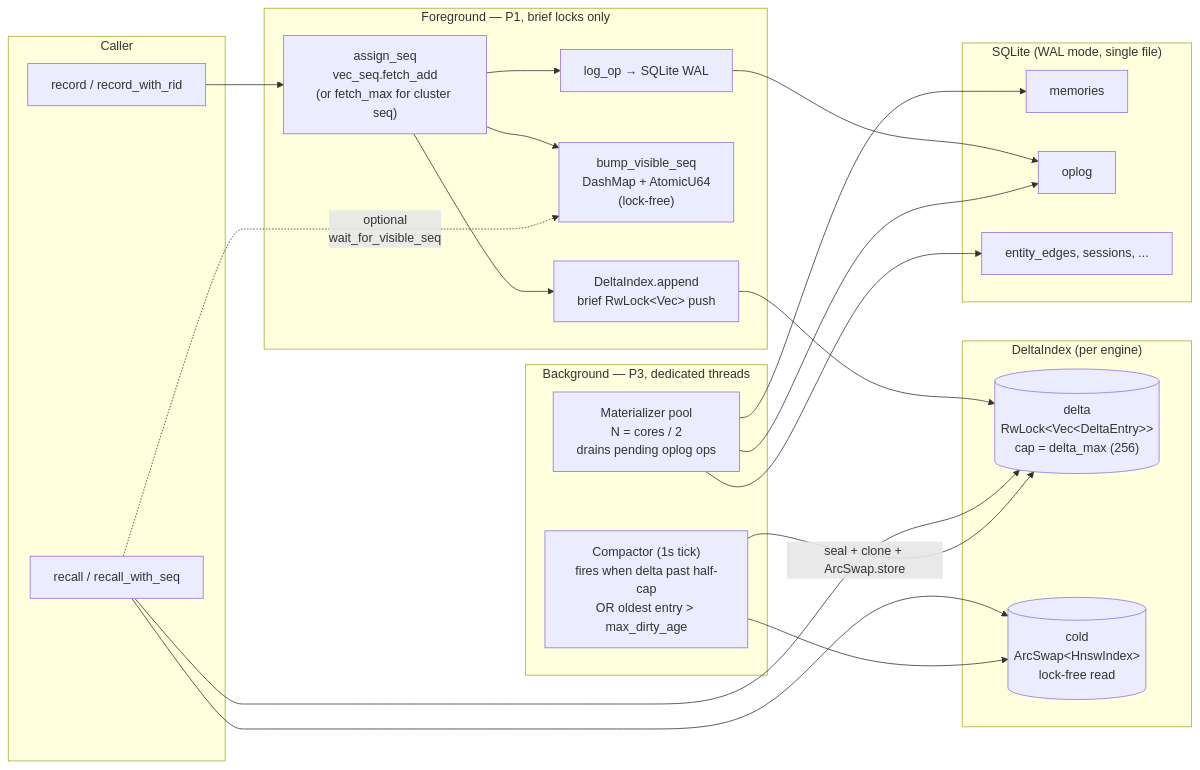
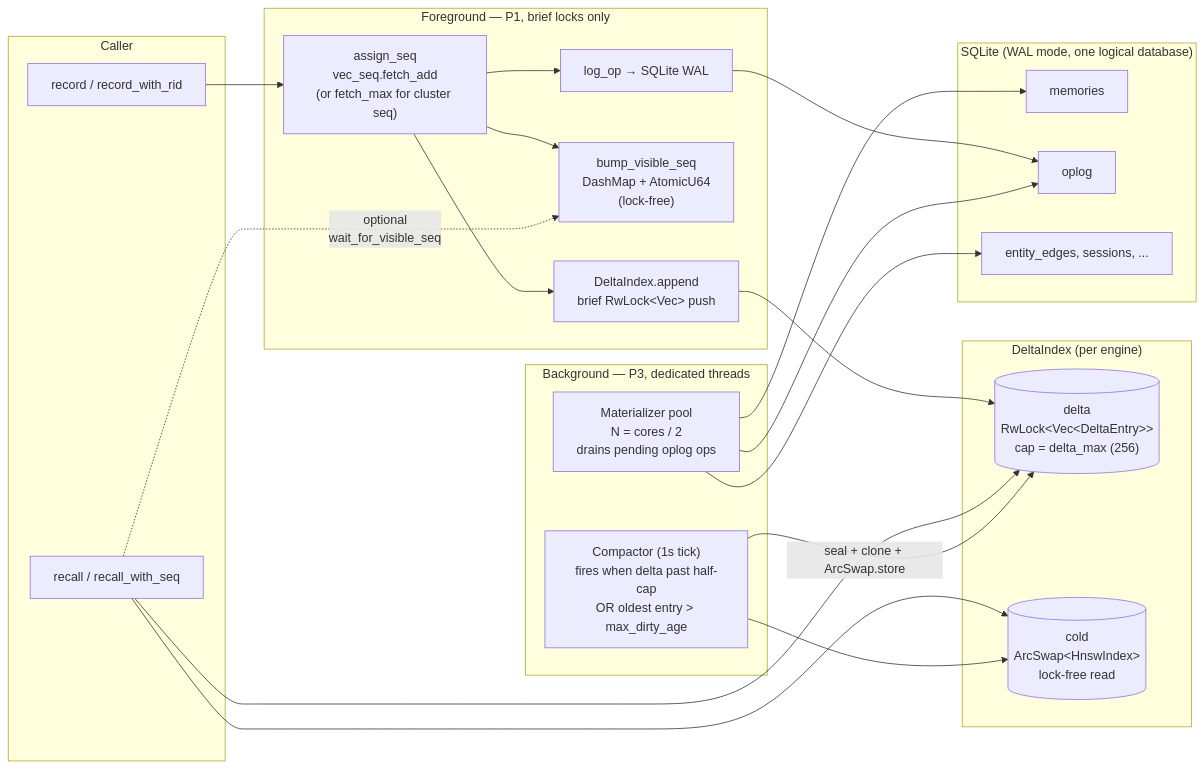
The first of 2 diagrams in README.md (yantrikos/yantrikdb), drawn with Mermaid before and after one commit. The commit also changed other lines of this file, not shown here.

````diff
--- a/README.md
+++ b/README.md
@@ -282,47 +316,47 @@
 ```mermaid
 flowchart LR
     subgraph CLIENT["Caller"]
         C1["record / record_with_rid"]
         C2["recall / recall_with_seq"]
     end
 
     subgraph FG["Foreground — P1, brief locks only"]
         F1["assign_seq<br/>vec_seq.fetch_add<br/>(or fetch_max for cluster seq)"]
         F2["DeltaIndex.append<br/>brief RwLock&lt;Vec&gt; push"]
         F3["bump_visible_seq<br/>DashMap + AtomicU64<br/>(lock-free)"]
         F4["log_op → SQLite WAL"]
     end
 
     subgraph IDX["DeltaIndex (per engine)"]
         D1[("delta<br/>RwLock&lt;Vec&lt;DeltaEntry&gt;&gt;<br/>cap = delta_max (256)")]
         D2[("cold<br/>ArcSwap&lt;HnswIndex&gt;<br/>lock-free read")]
     end
 
     subgraph BG["Background — P3, dedicated threads"]
         B1["Compactor (1s tick)<br/>fires when delta past half-cap<br/>OR oldest entry > max_dirty_age"]
         B2["Materializer pool<br/>N = cores / 2<br/>drains pending oplog ops"]
     end
 
-    subgraph STORE["SQLite (WAL mode, single file)"]
+    subgraph STORE["SQLite (WAL mode, one logical database)"]
         S1["memories"]
         S2["oplog"]
         S3["entity_edges, sessions, ..."]
     end
 
     C1 --> F1
     F1 --> F2
     F2 --> D1
     F1 --> F3
     F1 --> F4
     F4 --> S2
 
     C2 -.->|"optional<br/>wait_for_visible_seq"| F3
     C2 --> D1
     C2 --> D2
 
     B1 -->|"seal + clone + ArcSwap.store"| D1
     B1 --> D2
     B2 --> S2
     B2 --> S1
     B2 --> S3
 ```
````
